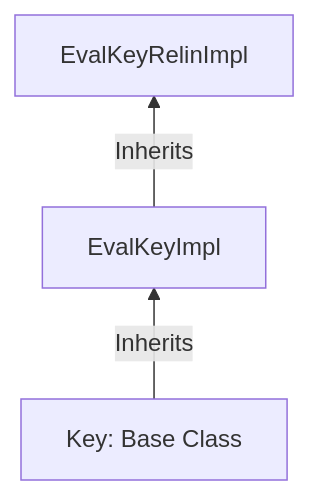
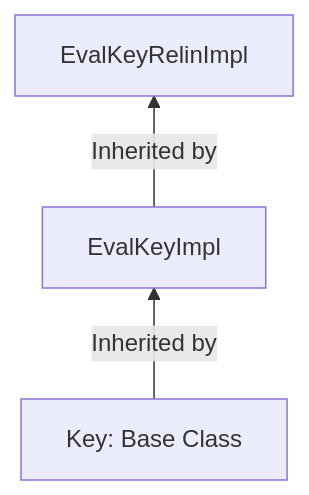
Before and after one commit to openfheorg/openfhe-development: the first of 2 diagrams in docs/assets/sphinx_rsts/modules/pke/pke_keys.rst, drawn with Mermaid. The commit also changed other lines of this file and 9 other files, not shown here.

```diff
--- a/docs/assets/sphinx_rsts/modules/pke/pke_keys.rst
+++ b/docs/assets/sphinx_rsts/modules/pke/pke_keys.rst
@@ -11,5 +9,5 @@
 .. mermaid::
 
    graph BT
-      Key[Key: Base Class] --> |Inherits|EvalKeyImpl;
-      EvalKeyImpl --> |Inherits|EvalKeyRelinImpl;
+      Key[Key: Base Class] --> |Inherited by|EvalKeyImpl;
+      EvalKeyImpl --> |Inherited by|EvalKeyRelinImpl;
```
